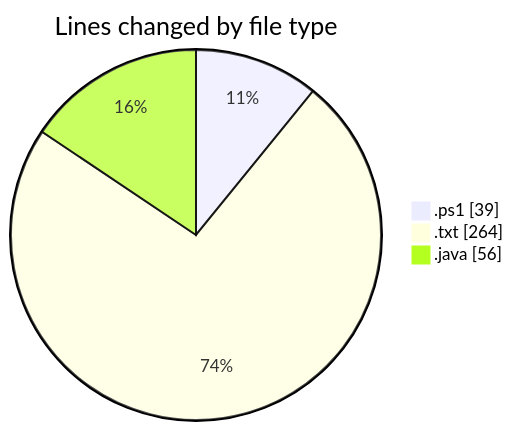
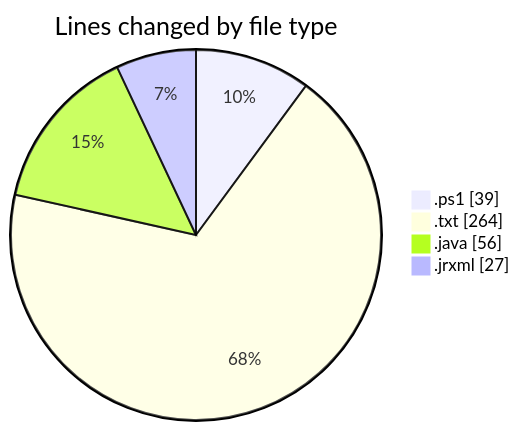
Before and after one commit to ricardozamudiocil/code-tracking: the first of 2 diagrams in 2026-03-03/cilreports__workspace_/README.md, drawn with Mermaid. The commit also changed other lines of this file and 1 other file, not shown here.

````diff
--- a/2026-03-03/cilreports__workspace_/README.md
+++ b/2026-03-03/cilreports__workspace_/README.md
@@ -24,7 +25,8 @@
 ```mermaid
 pie showData
 title Lines changed by file type
 ".ps1" : 39
 ".txt" : 264
 ".java" : 56
+".jrxml" : 27
 ```
````
